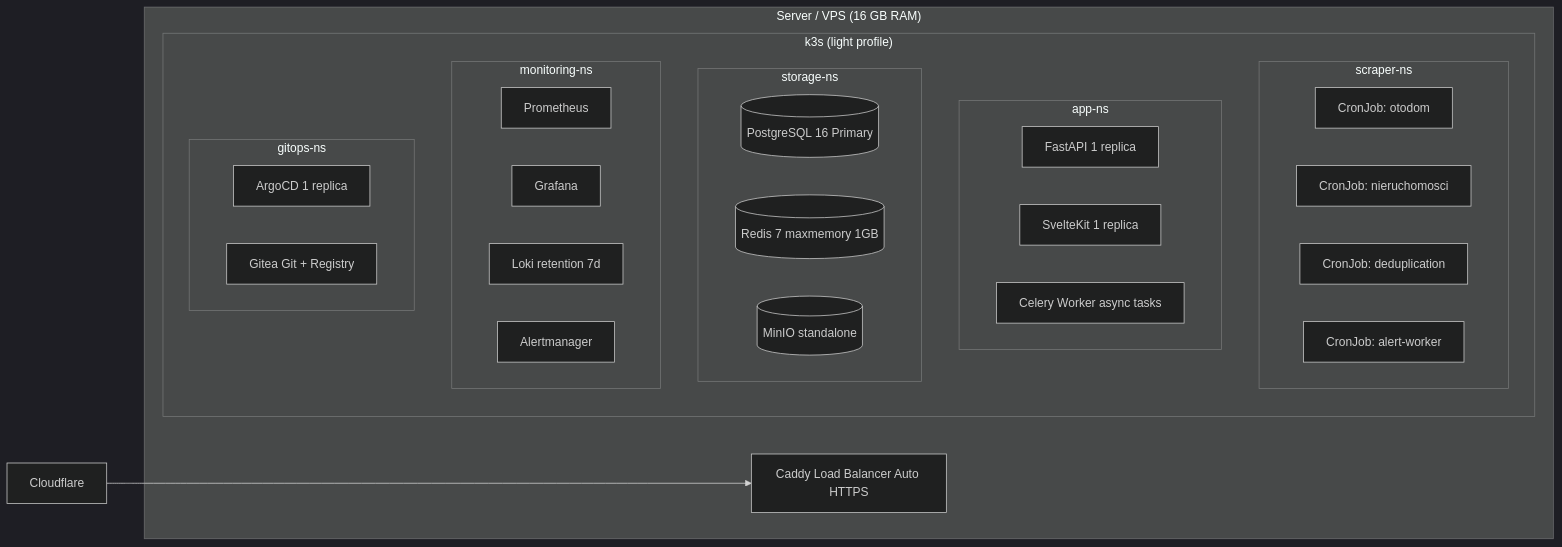
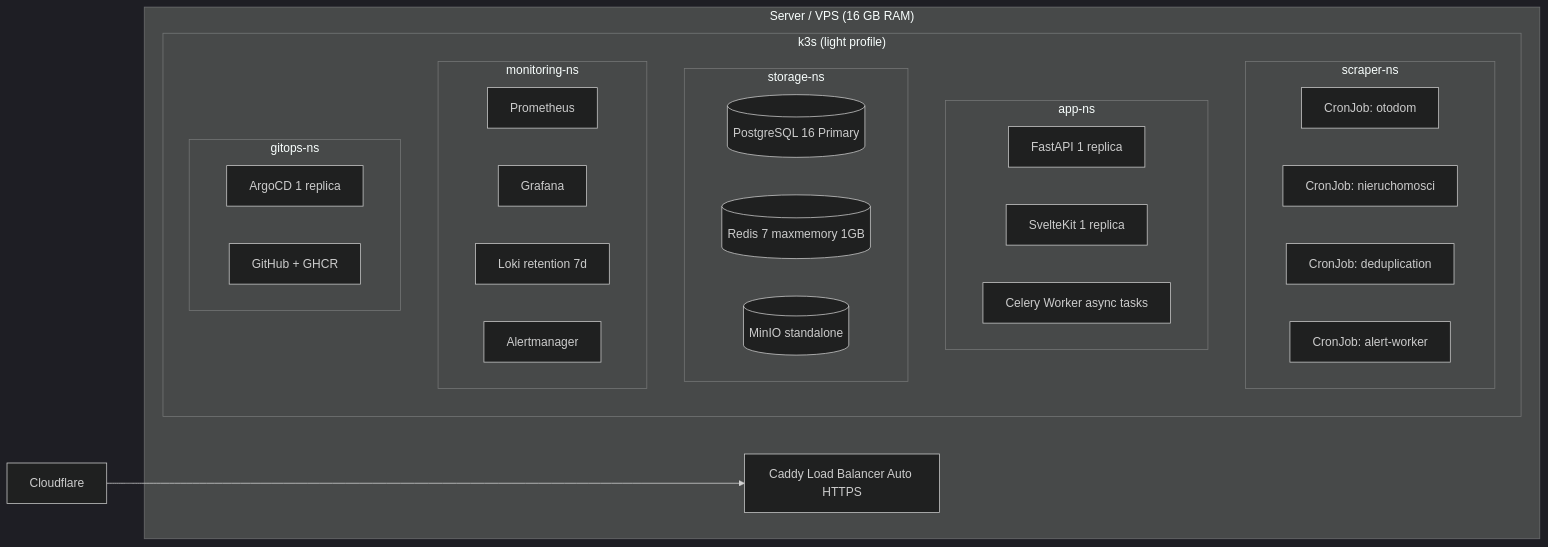
Before and after one commit to rendenwald/nieruchomosci-ados: the second of 2 diagrams in specs/specs/020-ARCHITECTURE.md, drawn with Mermaid (dark theme). The commit also changed other lines of this file and 13 other files, not shown here.

First line of the commit message:
docs: replace Gitea references with GHCR (GitHub Container Registry)

````diff
--- a/specs/specs/020-ARCHITECTURE.md
+++ b/specs/specs/020-ARCHITECTURE.md
@@ -75,35 +75,35 @@
 ```mermaid
 graph LR
     subgraph "Server / VPS (16 GB RAM)"
         subgraph "k3s (light profile)"
             subgraph "scraper-ns"
                 C1[CronJob: otodom]
                 C2[CronJob: nieruchomosci]
                 C3[CronJob: deduplication]
                 C4[CronJob: alert-worker]
             end
             subgraph "app-ns"
                 A1[FastAPI 1 replica]
                 A2[SvelteKit 1 replica]
                 A3[Celery Worker async tasks]
             end
             subgraph "storage-ns"
                 D1[(PostgreSQL 16 Primary)]
                 D2[(Redis 7 maxmemory 1GB)]
                 D3[(MinIO standalone)]
             end
             subgraph "monitoring-ns"
                 M1[Prometheus]
                 M2[Grafana]
                 M3[Loki retention 7d]
                 M4[Alertmanager]
             end
             subgraph "gitops-ns"
                 G1[ArgoCD 1 replica]
-                G2[Gitea Git + Registry]
+                G2[GitHub + GHCR]
             end
         end
         LB[Caddy Load Balancer Auto HTTPS]
     end
     CF[Cloudflare] --> LB
 ```
````
